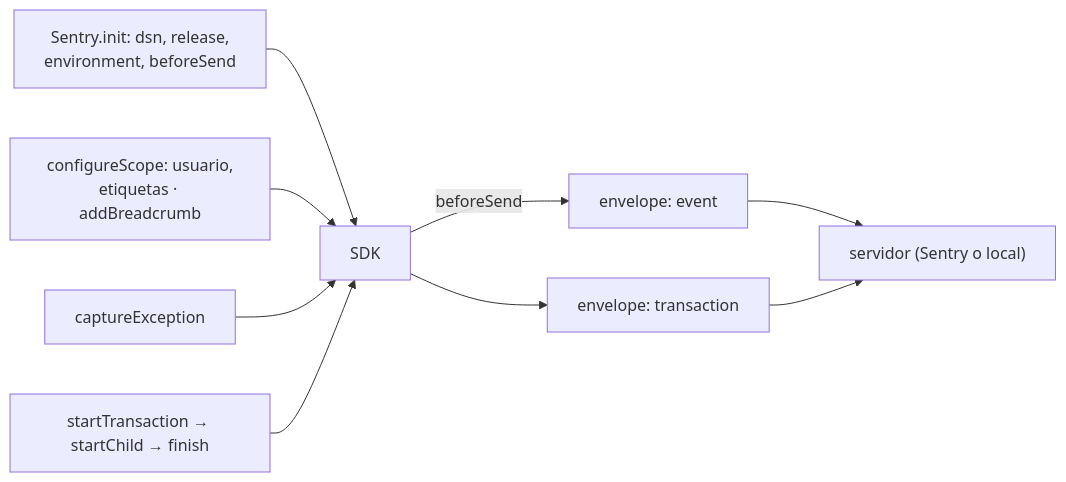
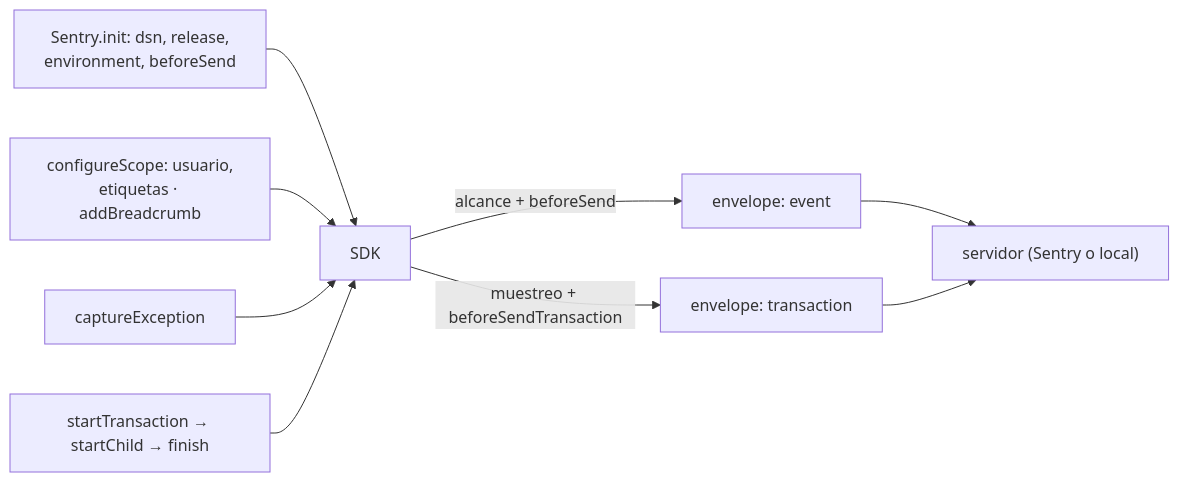
The second of 4 diagrams in web/public/content/flutter/modulo-13.md (NICORUIZ93/The_Imperial_Book), drawn with Mermaid before and after one commit. The commit also changed other lines of this file and 65 other files, not shown here.

````diff
--- a/web/public/content/flutter/modulo-13.md
+++ b/web/public/content/flutter/modulo-13.md
@@ -514,11 +689,11 @@
 ```mermaid
 flowchart LR
     S["Sentry.init: dsn, release,<br/>environment, beforeSend"] --> H["SDK"]
     SC["configureScope: usuario,<br/>etiquetas · addBreadcrumb"] --> H
     E["captureException"] --> H
     T["startTransaction → startChild → finish"] --> H
-    H -->|"beforeSend"| EV["envelope: event"]
-    H --> TR["envelope: transaction"]
+    H -->|"alcance + beforeSend"| EV["envelope: event"]
+    H -->|"muestreo + beforeSendTransaction"| TR["envelope: transaction"]
     EV --> L["servidor (Sentry o local)"]
     TR --> L
 ```
````
